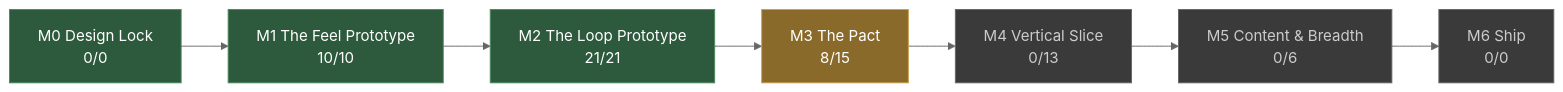
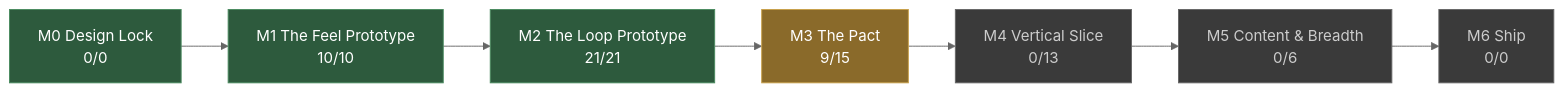
Before and after one commit to JoshuaGessner/she: the diagram in docs/STATUS.md, drawn with Mermaid (neutral theme). The commit also changed other lines of this file and 11 other files, not shown here.

````diff
--- a/docs/STATUS.md
+++ b/docs/STATUS.md
@@ -13,19 +13,19 @@
 ```mermaid
 flowchart LR
   M0["M0 Design Lock<br/>0/0"]:::passed
   M1["M1 The Feel Prototype<br/>10/10"]:::passed
   M0 --> M1
   M2["M2 The Loop Prototype<br/>21/21"]:::passed
   M1 --> M2
-  M3["M3 The Pact<br/>8/15"]:::current
+  M3["M3 The Pact<br/>9/15"]:::current
   M2 --> M3
   M4["M4 Vertical Slice<br/>0/13"]:::ahead
   M3 --> M4
   M5["M5 Content & Breadth<br/>0/6"]:::ahead
   M4 --> M5
   M6["M6 Ship<br/>0/0"]:::ahead
   M5 --> M6
   classDef passed fill:#2d5a3d,stroke:#4a8a5f,color:#fff
   classDef current fill:#8a6a2a,stroke:#c8a04a,color:#fff
   classDef ahead fill:#3a3a3a,stroke:#666,color:#ccc
 ```
````
